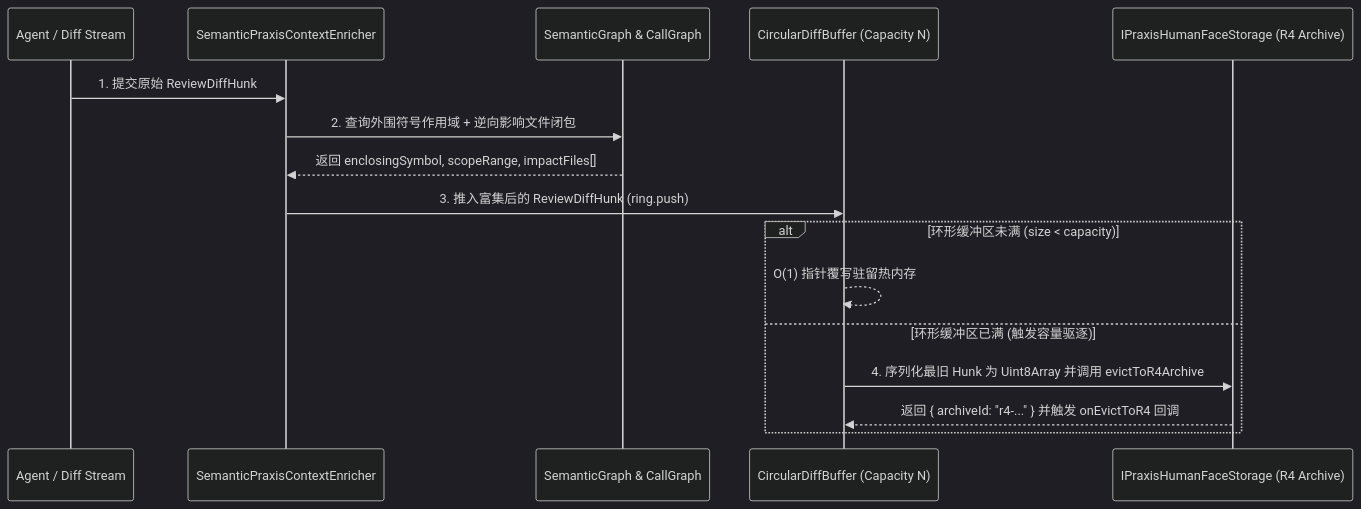
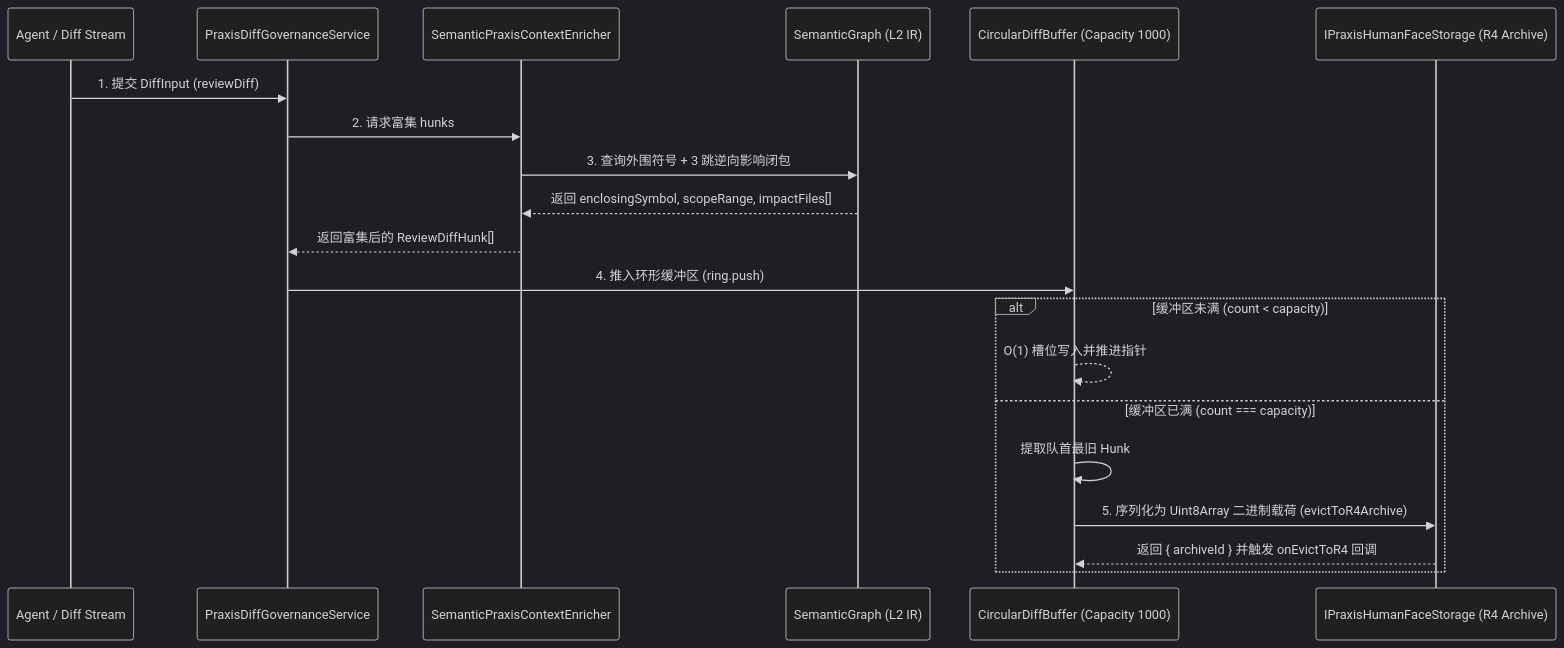
The diagram in auto-refactor/docs/03-incremental-and-diff/03-praxis-integration-guide.md (guilingzhouyi-creator/vscode-extensions), drawn with Mermaid (dark theme) before and after one commit. The commit also changed other lines of this file and 28 other files, not shown here.

First line of the commit message:
docs(architecture): 全量对齐系统架构与规则体系技术文档

````diff
--- a/auto-refactor/docs/03-incremental-and-diff/03-praxis-integration-guide.md
+++ b/auto-refactor/docs/03-incremental-and-diff/03-praxis-integration-guide.md
@@ -12,19 +18,23 @@
 ```mermaid
 sequenceDiagram
-    participant Agent as Agent / Diff Stream
-    participant Enricher as SemanticPraxisContextEnricher
-    participant Graph as SemanticGraph & CallGraph
-    participant Ring as CircularDiffBuffer (Capacity N)
-    participant R4 as IPraxisHumanFaceStorage (R4 Archive)
+  participant Agent as Agent / Diff Stream
+  participant Gov as PraxisDiffGovernanceService
+  participant Enricher as SemanticPraxisContextEnricher
+  participant Graph as SemanticGraph (L2 IR)
+  participant Ring as CircularDiffBuffer (Capacity 1000)
+  participant R4 as IPraxisHumanFaceStorage (R4 Archive)
 
-    Agent->>Enricher: 1. 提交原始 ReviewDiffHunk
-    Enricher->>Graph: 2. 查询外围符号作用域 + 逆向影响文件闭包
-    Graph-->>Enricher: 返回 enclosingSymbol, scopeRange, impactFiles[]
-    Enricher->>Ring: 3. 推入富集后的 ReviewDiffHunk (ring.push)
-    alt 环形缓冲区未满 (size < capacity)
-        Ring-->>Ring: O(1) 指针覆写驻留热内存
-    else 环形缓冲区已满 (触发容量驱逐)
-        Ring->>R4: 4. 序列化最旧 Hunk 为 Uint8Array 并调用 evictToR4Archive
-        R4-->>Ring: 返回 { archiveId: "r4-..." } 并触发 onEvictToR4 回调
-    end
+  Agent->>Gov: 1. 提交 DiffInput (reviewDiff)
+  Gov->>Enricher: 2. 请求富集 hunks
+  Enricher->>Graph: 3. 查询外围符号 + 3 跳逆向影响闭包
+  Graph-->>Enricher: 返回 enclosingSymbol, scopeRange, impactFiles[]
+  Enricher-->>Gov: 返回富集后的 ReviewDiffHunk[]
+  Gov->>Ring: 4. 推入环形缓冲区 (ring.push)
+  alt 缓冲区未满 (count < capacity)
+    Ring-->>Ring: O(1) 槽位写入并推进指针
+  else 缓冲区已满 (count === capacity)
+    Ring->>Ring: 提取队首最旧 Hunk
+    Ring->>R4: 5. 序列化为 Uint8Array 二进制载荷 (evictToR4Archive)
+    R4-->>Ring: 返回 { archiveId } 并触发 onEvictToR4 回调
+  end
 ```
````
